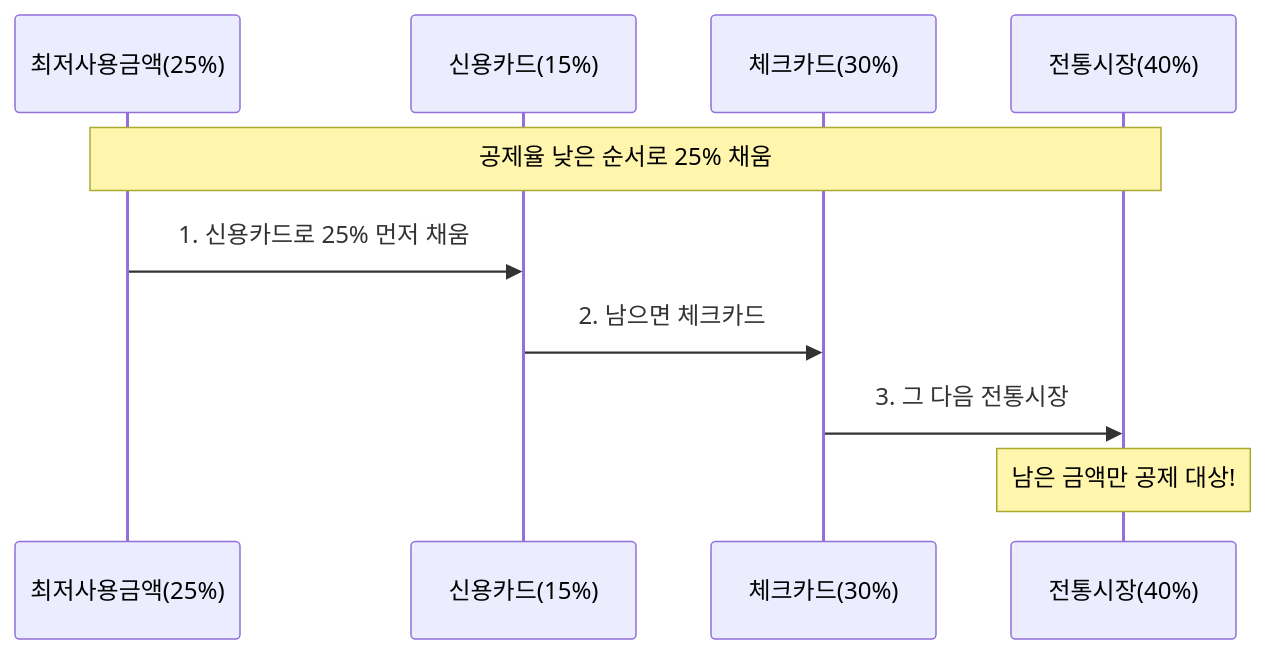
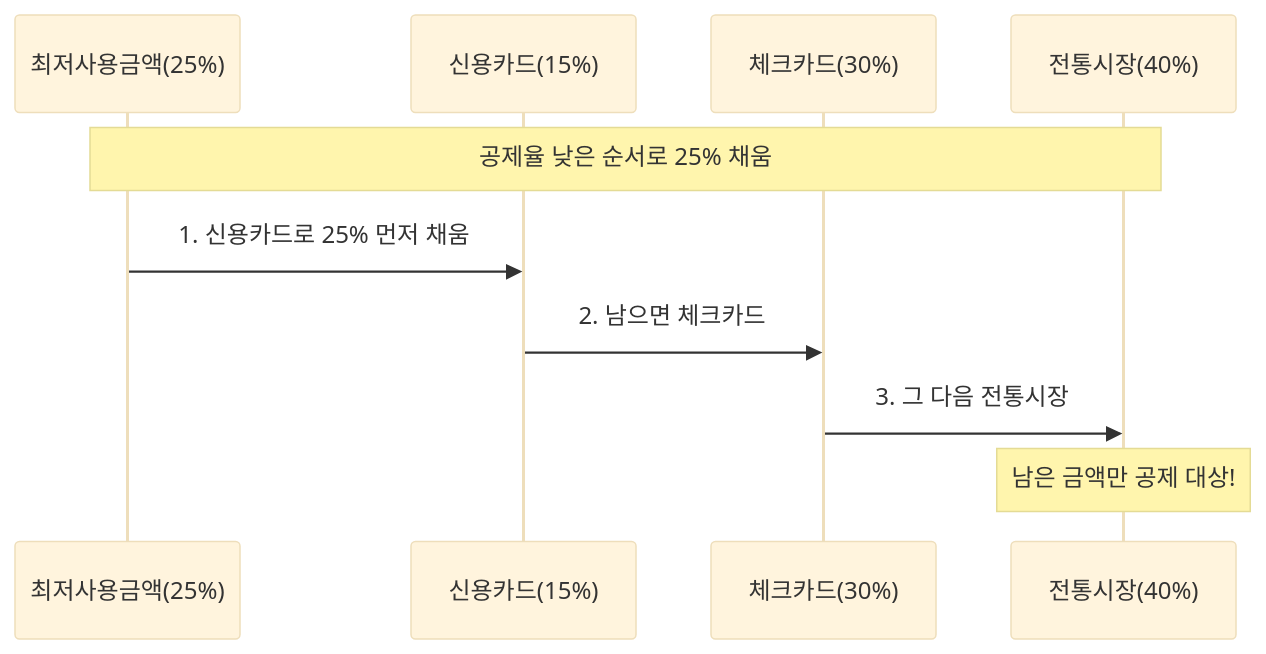
The fifth of 18 diagrams in docs/세금로직_플로우차트.md (Z-3000/fina_r), drawn with Mermaid before and after one commit. The commit also changed other lines of this file, not shown here.

````diff
--- a/docs/세금로직_플로우차트.md
+++ b/docs/세금로직_플로우차트.md
@@ -207,13 +223,14 @@
 ```mermaid
+%%{init: {'theme': 'base'}}%%
 sequenceDiagram
     participant 최저 as 최저사용금액(25%)
     participant 신용 as 신용카드(15%)
     participant 체크 as 체크카드(30%)
     participant 시장 as 전통시장(40%)
 
     Note over 최저,시장: 공제율 낮은 순서로 25% 채움
     최저->>신용: 1. 신용카드로 25% 먼저 채움
     신용->>체크: 2. 남으면 체크카드
     체크->>시장: 3. 그 다음 전통시장
     Note over 시장: 남은 금액만 공제 대상!
 ```
````
